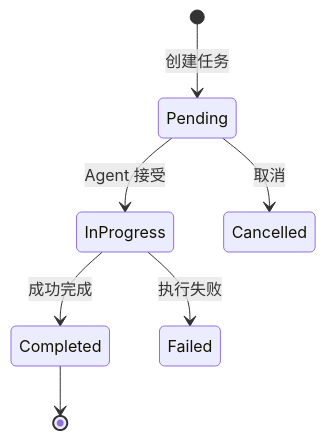
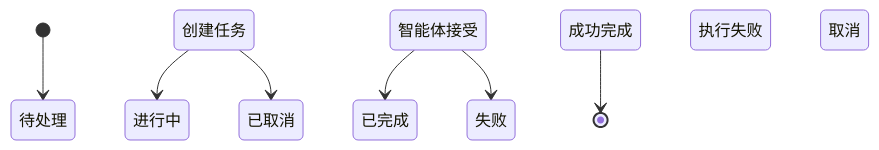
The diagram in 06_communication/6.5_a2a.md (yeasy/agentic_ai_guide), drawn with Mermaid before and after one commit. The commit also changed other lines of this file and 75 other files, not shown here.

````diff
--- a/06_communication/6.5_a2a.md
+++ b/06_communication/6.5_a2a.md
@@ -74,9 +74,9 @@
 ```mermaid
 stateDiagram-v2
-    [*] --> Pending: 创建任务
-    Pending --> InProgress: Agent 接受
-    InProgress --> Completed: 成功完成
-    InProgress --> Failed: 执行失败
-    Pending --> Cancelled: 取消
-    Completed --> [*]
+    [*] --> 待处理 (Pending): 创建任务
+    待处理 (Pending) --> 进行中 (InProgress): 智能体接受
+    进行中 (InProgress) --> 已完成 (Completed): 成功完成
+    进行中 (InProgress) --> 失败 (Failed): 执行失败
+    待处理 (Pending) --> 已取消 (Cancelled): 取消
+    已完成 (Completed) --> [*]
 ```
````
